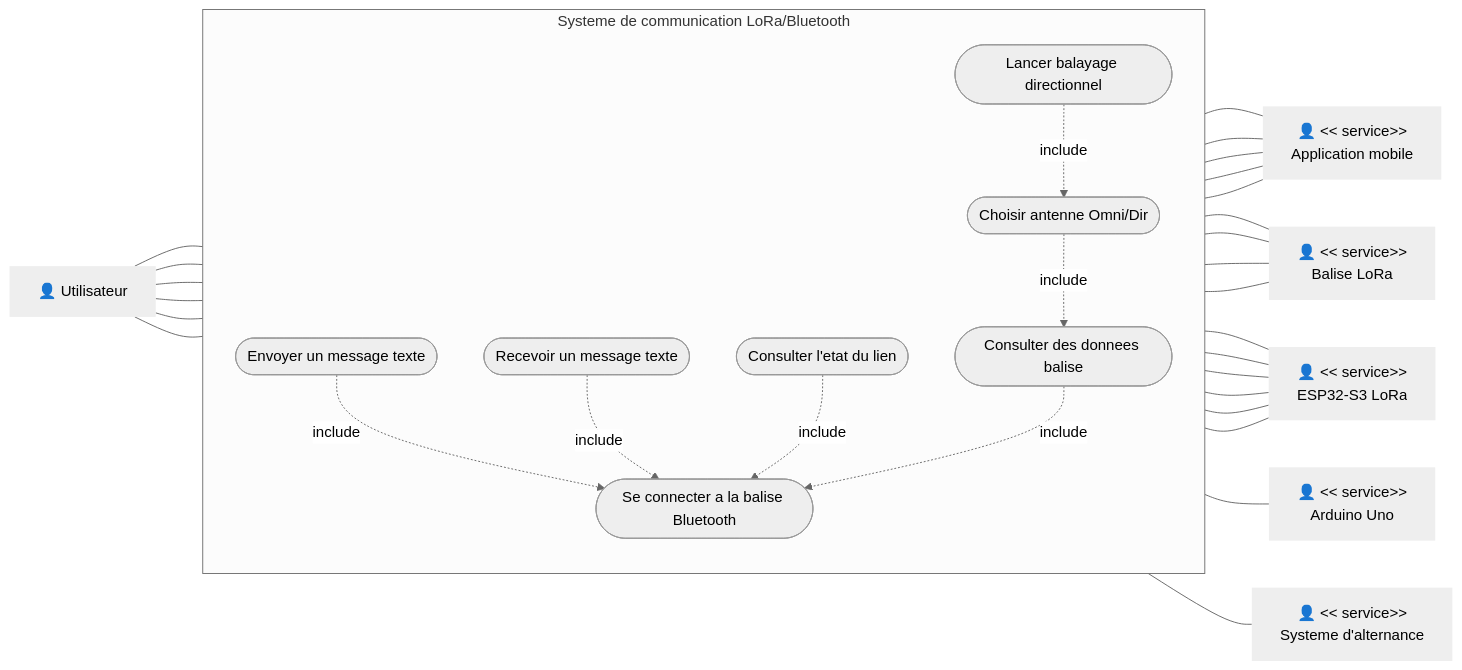
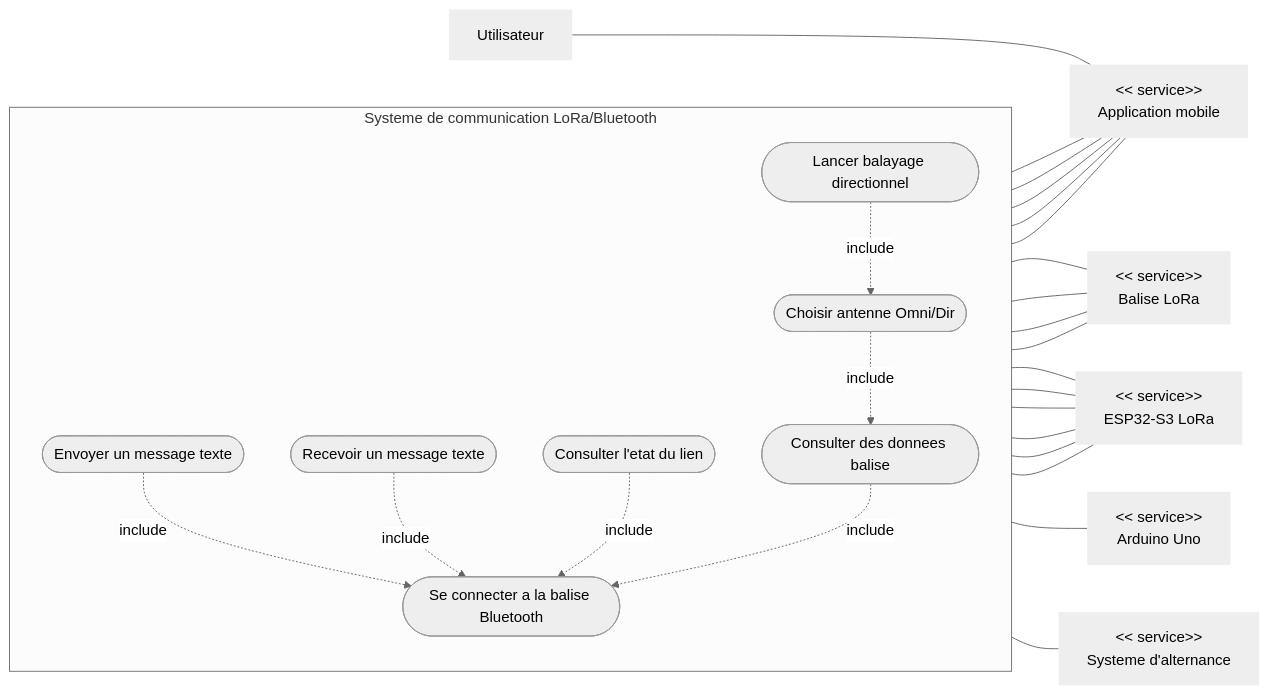
One commit to SHU445/Projet-LoRa-72h changed the first of 6 diagrams in Diagrammes_SysML_Projet_LoRa.md. Above: the diagram before and after it, drawn with Mermaid (neutral theme).

Commit message:
"USE_case_Modif_USER"

````diff
--- a/Diagrammes_SysML_Projet_LoRa.md
+++ b/Diagrammes_SysML_Projet_LoRa.md
@@ -12,57 +12,52 @@
 ```mermaid
 flowchart LR
-  rU["👤 Utilisateur"]:::role
-  rAPP["👤 << service>>\nApplication mobile"]:::role
-  rBAL["👤 << service>>\nBalise LoRa"]:::role
-  rESP["👤 << service>>\nESP32-S3 LoRa"]:::role
-  rARD["👤 << service>>\nArduino Uno"]:::role
-  rALT["👤 << service>>\nSysteme d'alternance"]:::role
+  rU["Utilisateur"]:::role
+  rAPP["<< service>>\nApplication mobile"]:::role
+  rBAL["<< service>>\nBalise LoRa"]:::role
+  rESP["<< service>>\nESP32-S3 LoRa"]:::role
+  rARD["<< service>>\nArduino Uno"]:::role
+  rALT["<< service>>\nSysteme d'alternance"]:::role
 
   subgraph S["Systeme de communication LoRa/Bluetooth"]
     direction TB
     ucConnect([Se connecter a la balise Bluetooth])
     ucSend([Envoyer un message texte])
     ucReceive([Recevoir un message texte])
     ucStatus([Consulter l'etat du lien])
     ucData([Consulter des donnees balise])
     ucSelectAntenna([Choisir antenne Omni/Dir])
     ucScan([Lancer balayage directionnel])
 
     ucSend -. include .-> ucConnect
     ucReceive -. include .-> ucConnect
     ucStatus -. include .-> ucConnect
     ucData -. include .-> ucConnect
     ucSelectAntenna -. include .-> ucData
     ucScan -. include .-> ucSelectAntenna
   end
 
-  rU --- ucConnect
-  rU --- ucSend
-  rU --- ucReceive
-  rU --- ucStatus
-  rU --- ucData
-  rU --- ucSelectAntenna
+  rU --- rAPP
 
   ucConnect --- rAPP
   ucSend --- rAPP
   ucReceive --- rAPP
   ucStatus --- rAPP
   ucData --- rAPP
 
   ucConnect --- rBAL
   ucSend --- rBAL
   ucReceive --- rBAL
   ucStatus --- rBAL
 
   ucConnect --- rESP
   ucSend --- rESP
   ucReceive --- rESP
   ucData --- rESP
   ucSelectAntenna --- rESP
   ucScan --- rESP
 
   ucScan --- rARD
   ucSelectAntenna --- rALT
 
   classDef role stroke-width:0px;
 ```
````
